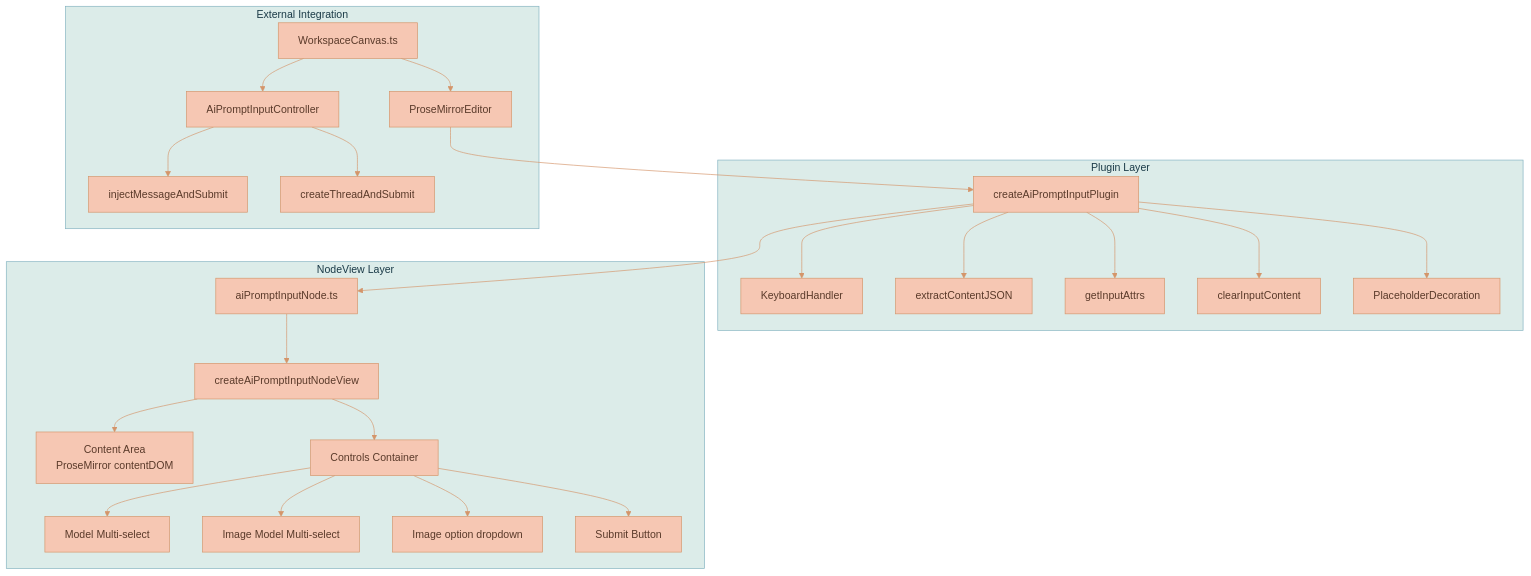
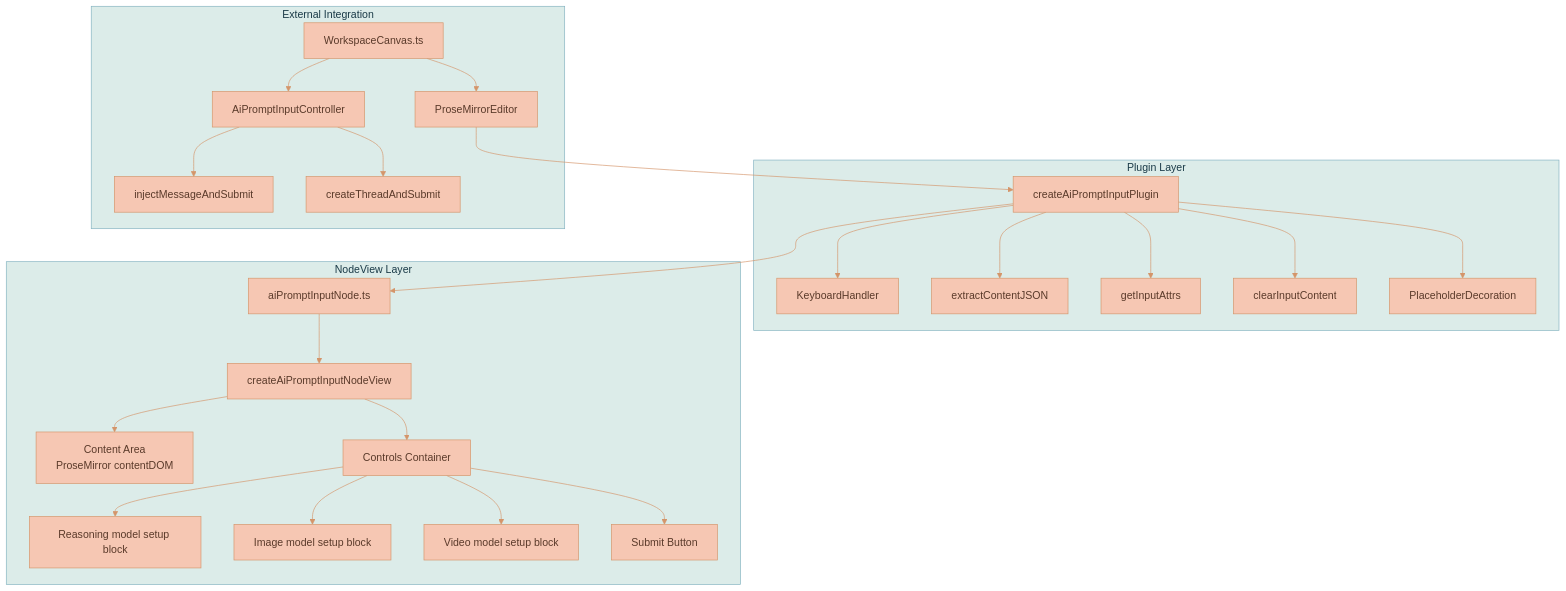
Before and after one commit to Lixpi/lixpi: the first of 2 diagrams in services/web-ui/src/components/proseMirror/plugins/aiPromptInputPlugin/README.md, drawn with Mermaid. The commit also changed other lines of this file and 24 other files, not shown here.

````diff
--- a/services/web-ui/src/components/proseMirror/plugins/aiPromptInputPlugin/README.md
+++ b/services/web-ui/src/components/proseMirror/plugins/aiPromptInputPlugin/README.md
@@ -28,31 +28,31 @@
 ```mermaid
 %%{init: {'theme': 'base', 'themeVariables': { 'primaryColor': '#F6C7B3', 'primaryTextColor': '#5a3a2a', 'primaryBorderColor': '#d4956a', 'secondaryColor': '#C3DEDD', 'secondaryTextColor': '#1a3a47', 'secondaryBorderColor': '#4a8a9d', 'tertiaryColor': '#DCECE9', 'tertiaryTextColor': '#1a3a47', 'tertiaryBorderColor': '#82B2C0', 'lineColor': '#d4956a', 'textColor': '#5a3a2a'}}}%%
 graph TD
     subgraph "Plugin Layer"
         A[createAiPromptInputPlugin] --> B[KeyboardHandler]
         A --> C[extractContentJSON]
         A --> D[getInputAttrs]
         A --> E[clearInputContent]
         A --> F[PlaceholderDecoration]
     end
 
     subgraph "NodeView Layer"
         N[aiPromptInputNode.ts] --> NV[createAiPromptInputNodeView]
         NV --> CONT[Content Area<br/>ProseMirror contentDOM]
         NV --> CTRL[Controls Container]
-        CTRL --> MD[Model Multi-select]
-        CTRL --> IMD[Image Model Multi-select]
-        CTRL --> ISD[Image option dropdown]
+        CTRL --> MD[Reasoning model setup block]
+        CTRL --> IMD[Image model setup block]
+        CTRL --> VMD[Video model setup block]
         CTRL --> SB[Submit Button]
     end
 
     subgraph "External Integration"
         PE[ProseMirrorEditor] --> A
         WC[WorkspaceCanvas.ts] --> PE
         WC --> CTRL2[AiPromptInputController]
         CTRL2 --> INJ[injectMessageAndSubmit]
         CTRL2 --> CRT[createThreadAndSubmit]
     end
 
     A --> N
 ```
````
